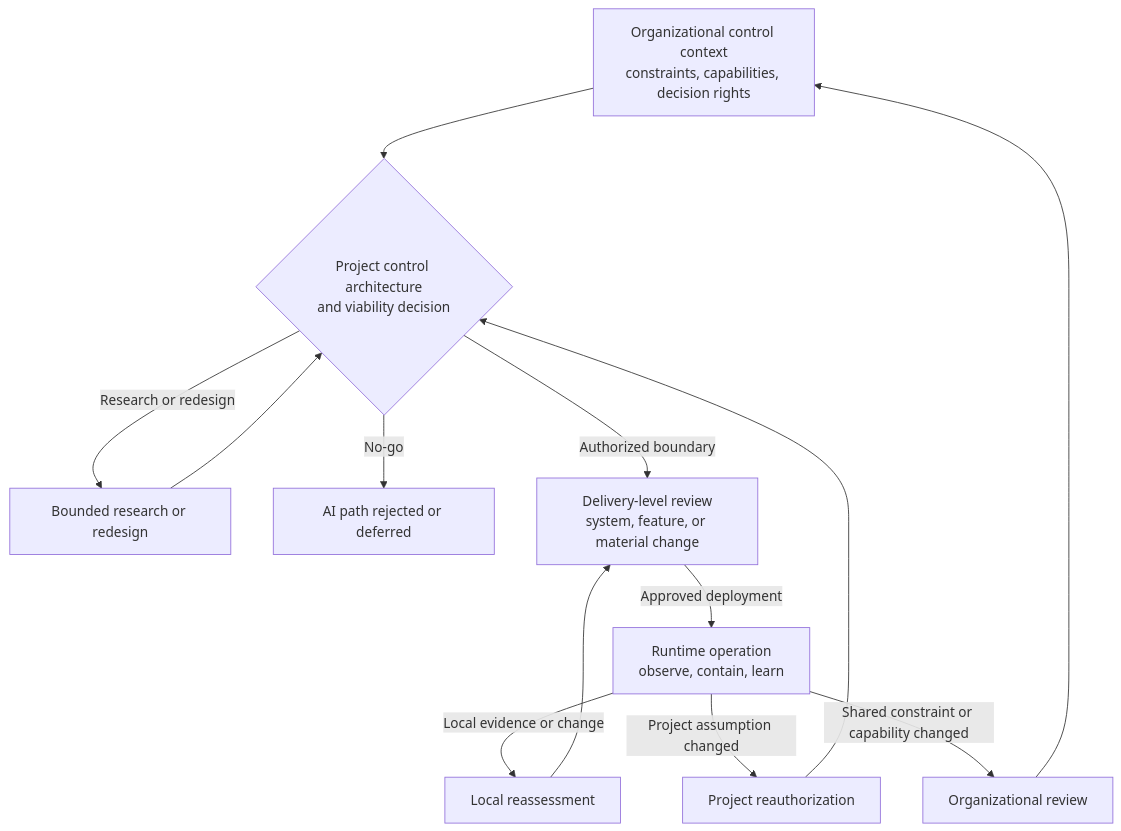
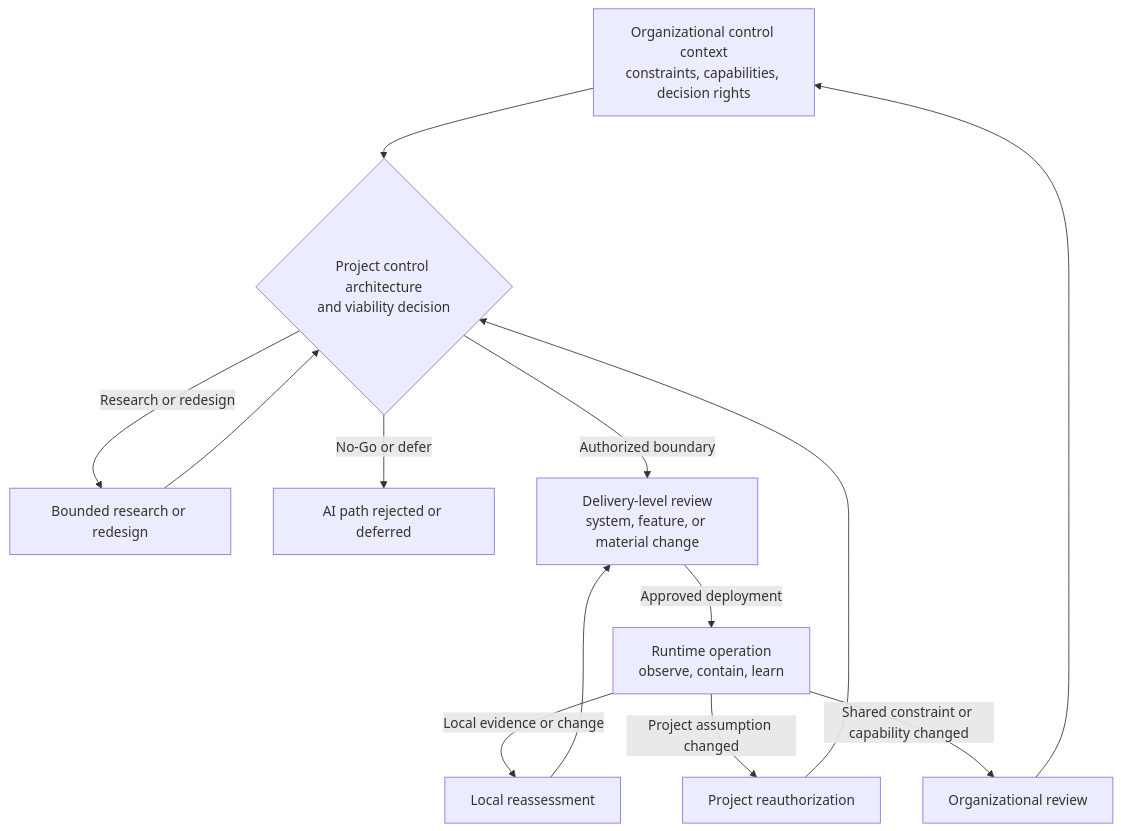
One commit to UncertaintyArchitectureGroup/uncertainty-architecture changed the second of 2 diagrams in 00-doctrine/uncertainty-in-the-controlled-object.md. Above: the diagram before and after it, drawn with Mermaid. The commit also changed other lines of this file, not shown here.

````diff
--- a/00-doctrine/uncertainty-in-the-controlled-object.md
+++ b/00-doctrine/uncertainty-in-the-controlled-object.md
@@ -248,21 +251,21 @@
 ```mermaid
 flowchart TB
     ORG[Organizational control context<br/>constraints, capabilities, decision rights]
     PROJ{Project control architecture<br/>and viability decision}
     RESEARCH[Bounded research or redesign]
     STOP[AI path rejected or deferred]
     DELIV[Delivery-level review<br/>system, feature, or material change]
     RUN[Runtime operation<br/>observe, contain, learn]
     LOCAL[Local reassessment]
     REAUTH[Project reauthorization]
     ORGREVIEW[Organizational review]
 
     ORG --> PROJ
     PROJ -->|Authorized boundary| DELIV
     PROJ -->|Research or redesign| RESEARCH --> PROJ
-    PROJ -->|No-go| STOP
+    PROJ -->|No-Go or defer| STOP
     DELIV -->|Approved deployment| RUN
     RUN -->|Local evidence or change| LOCAL --> DELIV
     RUN -->|Project assumption changed| REAUTH --> PROJ
     RUN -->|Shared constraint or capability changed| ORGREVIEW --> ORG
 ```
````
